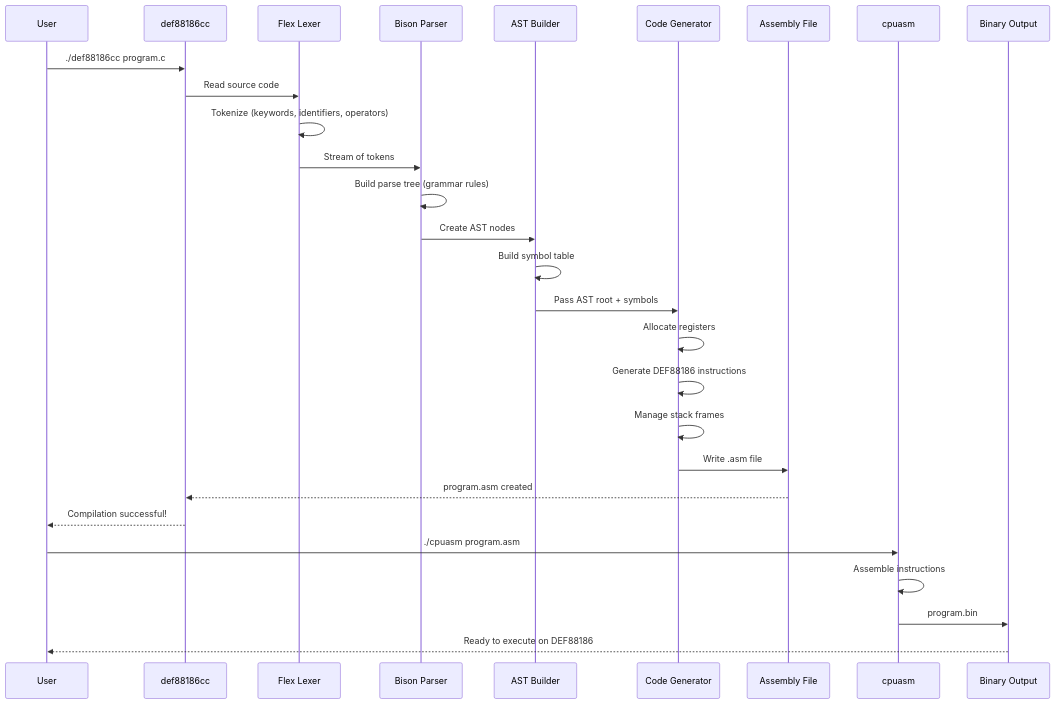
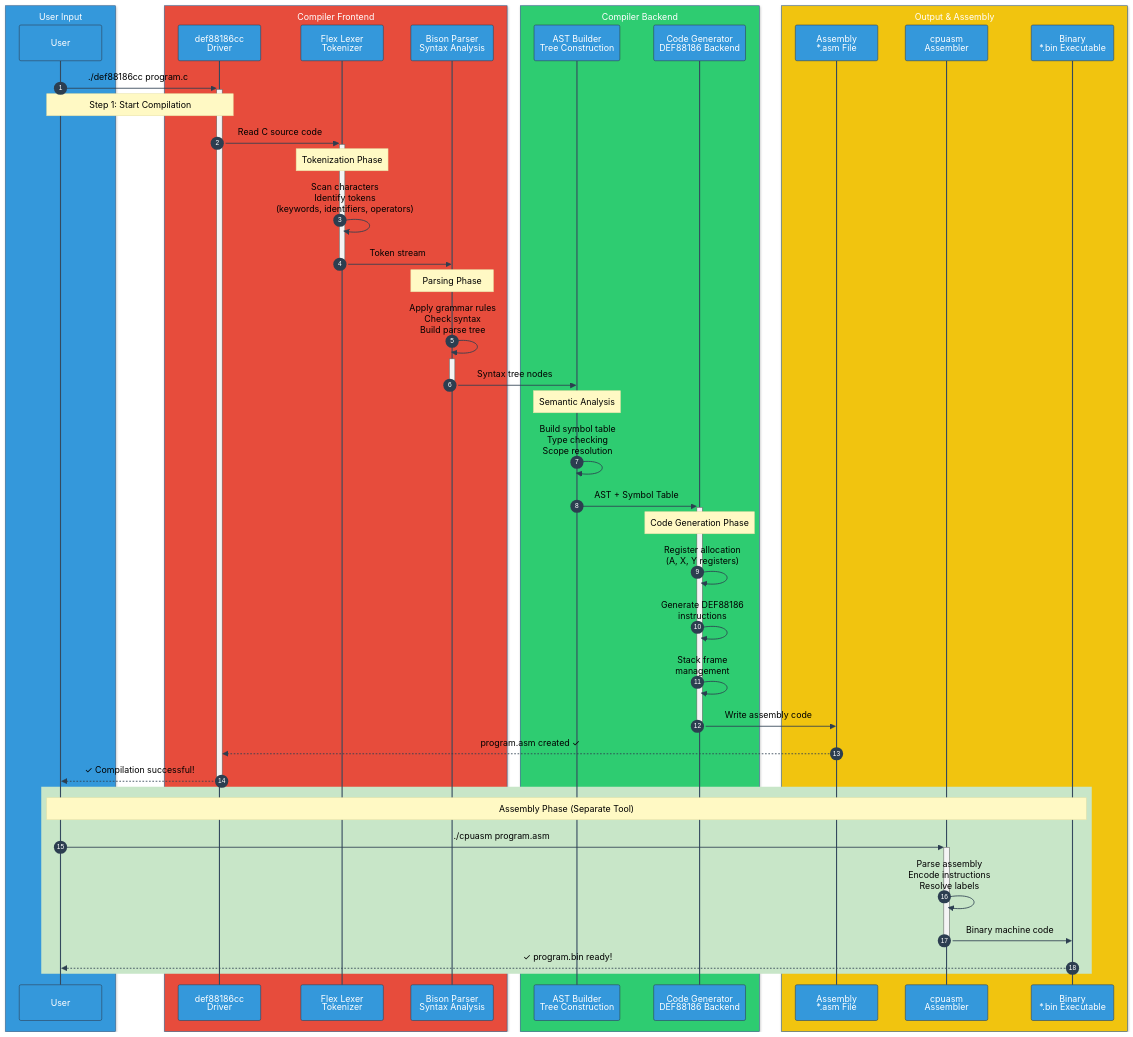
Before and after one commit to Pomsky2011/ZPdevtools: the second of 2 diagrams in c_compiler/README.md, drawn with Mermaid.

Commit message:
Improve compilation flow diagram readability with vibrant colors
- Add color-coded participant boxes (blue, red, green, yellow)
- Add step numbering with autonumber
- Add phase annotations (Tokenization, Parsing, Semantic Analysis, Code Generation)
- Improve contrast and readability with custom theme
- Group Assembly phase in highlighted rectangle
- Add visual indicators (✓) for success messages

Makes the compiler pipeline flow much easier to follow visually.

````diff
--- a/c_compiler/README.md
+++ b/c_compiler/README.md
@@ -113,32 +113,59 @@
 ```mermaid
+%%{init: {'theme':'base', 'themeVariables': { 'primaryColor':'#4A90E2','primaryTextColor':'#fff','primaryBorderColor':'#2E5C8A','lineColor':'#F39C12','secondaryColor':'#E74C3C','tertiaryColor':'#27AE60','noteBkgColor':'#FFF9C4','noteTextColor':'#000','actorBkg':'#3498DB','actorBorder':'#2C3E50','actorTextColor':'#fff','actorLineColor':'#34495E','signalColor':'#2C3E50','signalTextColor':'#000','labelBoxBkgColor':'#ECF0F1','labelBoxBorderColor':'#95A5A6','labelTextColor':'#2C3E50','loopTextColor':'#fff','activationBorderColor':'#666','activationBkgColor':'#f4f4f4','sequenceNumberColor':'#fff'}}}%%
 sequenceDiagram
+    autonumber
+
+    box rgb(52, 152, 219) User Input
     participant User
-    participant Compiler as def88186cc
-    participant Lexer as Flex Lexer
-    participant Parser as Bison Parser
-    participant AST as AST Builder
-    participant CodeGen as Code Generator
-    participant Output as Assembly File
-    participant CPUasm as cpuasm
-    participant Binary as Binary Output
+    end
 
-    User->>Compiler: ./def88186cc program.c
-    Compiler->>Lexer: Read source code
-    Lexer->>Lexer: Tokenize (keywords, identifiers, operators)
-    Lexer->>Parser: Stream of tokens
-    Parser->>Parser: Build parse tree (grammar rules)
-    Parser->>AST: Create AST nodes
-    AST->>AST: Build symbol table
-    AST->>CodeGen: Pass AST root + symbols
-    CodeGen->>CodeGen: Allocate registers
-    CodeGen->>CodeGen: Generate DEF88186 instructions
-    CodeGen->>CodeGen: Manage stack frames
-    CodeGen->>Output: Write .asm file
-    Output-->>Compiler: program.asm created
-    Compiler-->>User: Compilation successful!
+    box rgb(231, 76, 60) Compiler Frontend
+    participant Compiler as def88186cc<br/>Driver
+    participant Lexer as Flex Lexer<br/>Tokenizer
+    participant Parser as Bison Parser<br/>Syntax Analysis
+    end
 
-    User->>CPUasm: ./cpuasm program.asm
-    CPUasm->>CPUasm: Assemble instructions
-    CPUasm->>Binary: program.bin
-    Binary-->>User: Ready to execute on DEF88186
+    box rgb(46, 204, 113) Compiler Backend
+    participant AST as AST Builder<br/>Tree Construction
+    participant CodeGen as Code Generator<br/>DEF88186 Backend
+    end
+
+    box rgb(241, 196, 15) Output & Assembly
+    participant Output as Assembly<br/>*.asm File
+    participant CPUasm as cpuasm<br/>Assembler
+    participant Binary as Binary<br/>*.bin Executable
+    end
+
+    User->>+Compiler: ./def88186cc program.c
+    Note over User,Compiler: Step 1: Start Compilation
+
+    Compiler->>+Lexer: Read C source code
+    Note over Lexer: Tokenization Phase
+    Lexer->>Lexer: Scan characters<br/>Identify tokens<br/>(keywords, identifiers, operators)
+    Lexer->>-Parser: Token stream
+
+    Note over Parser: Parsing Phase
+    Parser->>+Parser: Apply grammar rules<br/>Check syntax<br/>Build parse tree
+    Parser->>-AST: Syntax tree nodes
+
+    Note over AST: Semantic Analysis
+    AST->>AST: Build symbol table<br/>Type checking<br/>Scope resolution
+    AST->>+CodeGen: AST + Symbol Table
+
+    Note over CodeGen: Code Generation Phase
+    CodeGen->>CodeGen: Register allocation<br/>(A, X, Y registers)
+    CodeGen->>CodeGen: Generate DEF88186<br/>instructions
+    CodeGen->>CodeGen: Stack frame<br/>management
+    CodeGen->>-Output: Write assembly code
+
+    Output-->>Compiler: program.asm created ✓
+    Compiler-->>-User: ✓ Compilation successful!
+
+    rect rgb(200, 230, 200)
+    Note over User,Binary: Assembly Phase (Separate Tool)
+    User->>+CPUasm: ./cpuasm program.asm
+    CPUasm->>CPUasm: Parse assembly<br/>Encode instructions<br/>Resolve labels
+    CPUasm->>-Binary: Binary machine code
+    Binary-->>User: ✓ program.bin ready!
+    end
 ```
````
